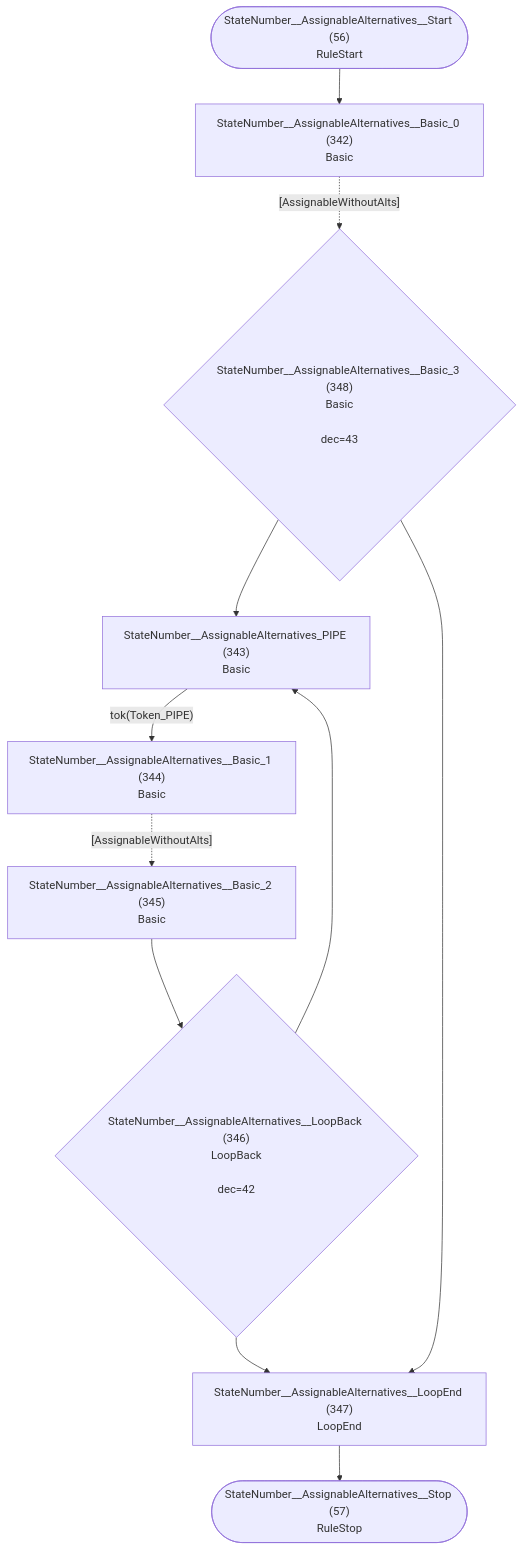
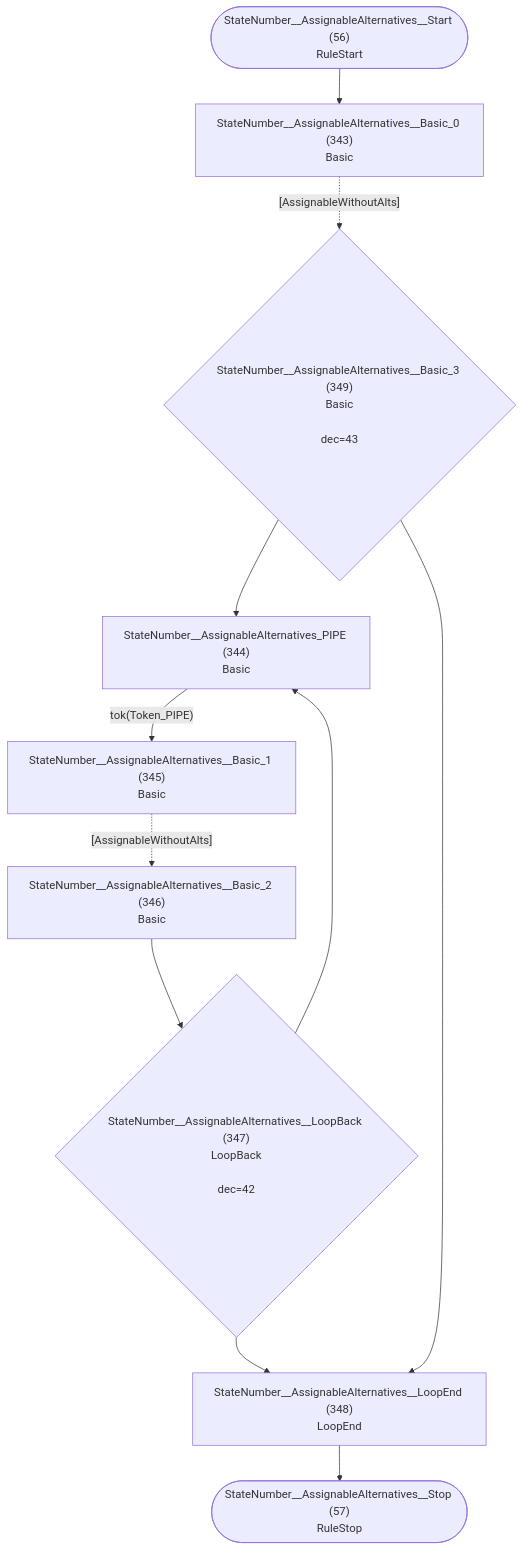
One commit to TypeFox/fastbelt changed diagram 29 of 36 in internal/grammar/atn.md. Above: the diagram before and after it, drawn with Mermaid. The commit also changed other lines of this file and 9 other files, not shown here.

````diff
--- a/internal/grammar/atn.md
+++ b/internal/grammar/atn.md
@@ -885,23 +887,23 @@
 ```mermaid
 flowchart TD
     q56(["StateNumber__AssignableAlternatives__Start (56)<br/>RuleStart"])
     q57(["StateNumber__AssignableAlternatives__Stop (57)<br/>RuleStop"])
-    q342["StateNumber__AssignableAlternatives__Basic_0 (342)<br/>Basic<br/>"]
-    q343["StateNumber__AssignableAlternatives_PIPE (343)<br/>Basic<br/>"]
-    q344["StateNumber__AssignableAlternatives__Basic_1 (344)<br/>Basic<br/>"]
-    q345["StateNumber__AssignableAlternatives__Basic_2 (345)<br/>Basic<br/>"]
-    q346{"StateNumber__AssignableAlternatives__LoopBack (346)<br/>LoopBack<br/><br/>dec=42"}
-    q347["StateNumber__AssignableAlternatives__LoopEnd (347)<br/>LoopEnd<br/>"]
-    q348{"StateNumber__AssignableAlternatives__Basic_3 (348)<br/>Basic<br/><br/>dec=43"}
+    q343["StateNumber__AssignableAlternatives__Basic_0 (343)<br/>Basic<br/>"]
+    q344["StateNumber__AssignableAlternatives_PIPE (344)<br/>Basic<br/>"]
+    q345["StateNumber__AssignableAlternatives__Basic_1 (345)<br/>Basic<br/>"]
+    q346["StateNumber__AssignableAlternatives__Basic_2 (346)<br/>Basic<br/>"]
+    q347{"StateNumber__AssignableAlternatives__LoopBack (347)<br/>LoopBack<br/><br/>dec=42"}
+    q348["StateNumber__AssignableAlternatives__LoopEnd (348)<br/>LoopEnd<br/>"]
+    q349{"StateNumber__AssignableAlternatives__Basic_3 (349)<br/>Basic<br/><br/>dec=43"}
 
-    q56 --> q342
-    q342 -.->|"[AssignableWithoutAlts]"| q348
-    q343 -->|"tok(Token_PIPE)"| q344
-    q344 -.->|"[AssignableWithoutAlts]"| q345
-    q345 --> q346
-    q346 --> q343
+    q56 --> q343
+    q343 -.->|"[AssignableWithoutAlts]"| q349
+    q344 -->|"tok(Token_PIPE)"| q345
+    q345 -.->|"[AssignableWithoutAlts]"| q346
     q346 --> q347
-    q347 --> q57
-    q348 --> q343
-    q348 --> q347
+    q347 --> q344
+    q347 --> q348
+    q348 --> q57
+    q349 --> q344
+    q349 --> q348
 ```
````
